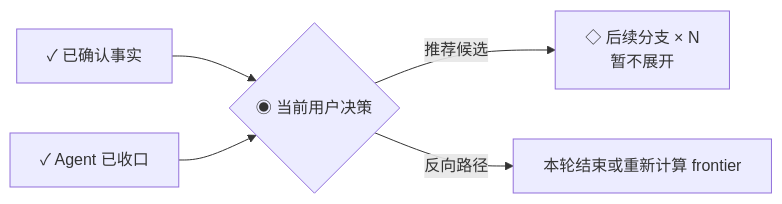
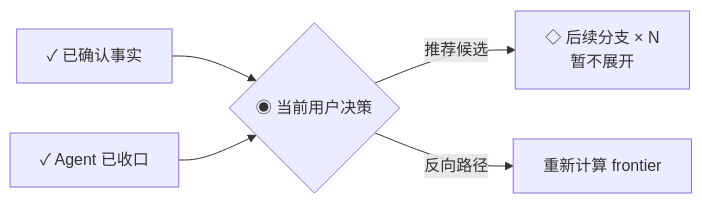
Before and after one commit to ssdiwu/507-skills: the diagram in common/507-grill/SKILL.md, drawn with Mermaid. The commit also changed other lines of this file and 3 other files, not shown here.

Commit message:
feat(grill): 限定决策控制台图表类型

````diff
--- a/common/507-grill/SKILL.md
+++ b/common/507-grill/SKILL.md
@@ -101,8 +91,8 @@
 ```mermaid
 flowchart LR
     F1["✓ 已确认事实"] --> Q1
     A1["✓ Agent 已收口"] --> Q1
     Q1{"◉ 当前用户决策"}
     Q1 -->|"推荐候选"| N["◇ 后续分支 × N<br/>暂不展开"]
-    Q1 -->|"反向路径"| E["本轮结束或重新计算 frontier"]
+    Q1 -->|"反向路径"| E["重新计算 frontier"]
 ```
````
